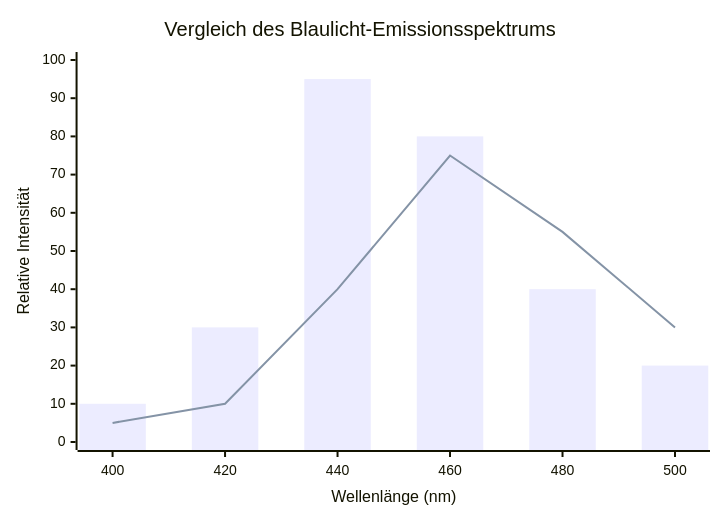
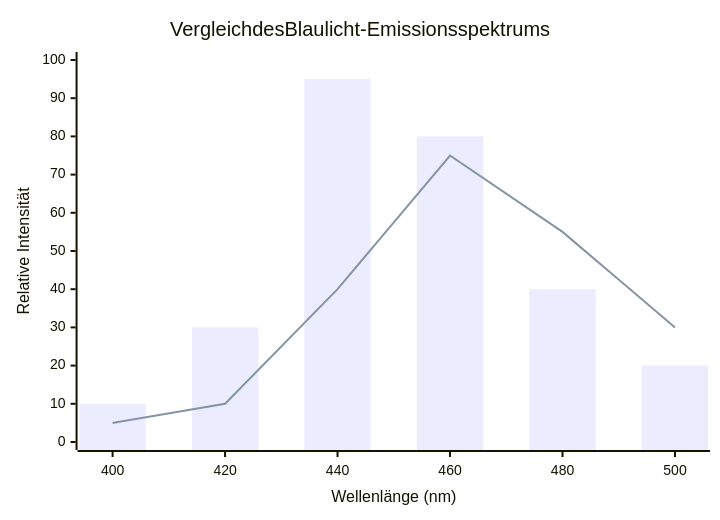
One commit to kenjinote/blog changed the second of 4 diagrams in content/post/eye_strain_relief/index.de.md. Above: the diagram before and after it, drawn with Mermaid. The commit also changed other lines of this file and 703 other files, not shown here.

Commit message:
Fix: Remove quotes from Mermaid link texts and timeline definitions to support Mermaid 11.4.1

````diff
--- a/content/post/eye_strain_relief/index.de.md
+++ b/content/post/eye_strain_relief/index.de.md
@@ -122,8 +122,8 @@
 ```mermaid
 xychart-beta
-    title "Vergleich des Blaulicht-Emissionsspektrums"
+    title Vergleich des Blaulicht-Emissionsspektrums
     x-axis "Wellenlänge (nm)" [400, 420, 440, 460, 480, 500]
     y-axis "Relative Intensität" 0 --> 100
     bar "Standard LCD (W-LED)" [10, 30, 95, 80, 40, 20]
     line "Modernes OLED / Reduziertes Blaulicht" [5, 10, 40, 75, 55, 30]
 ```
````
